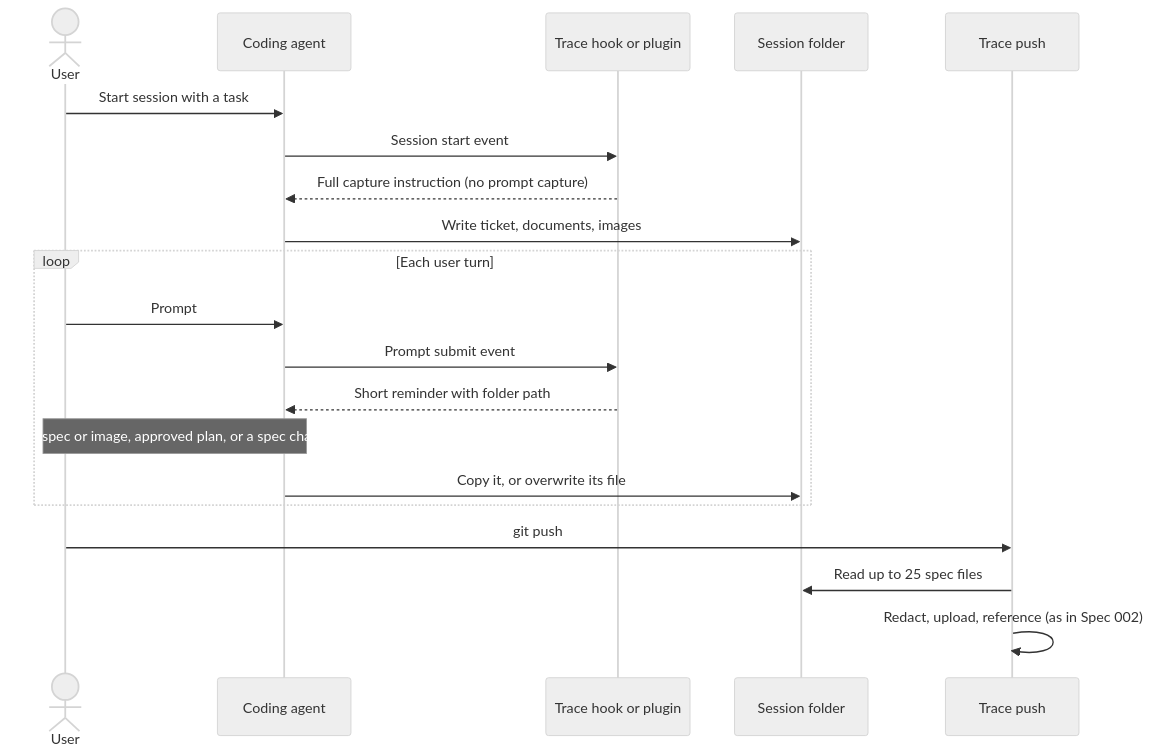
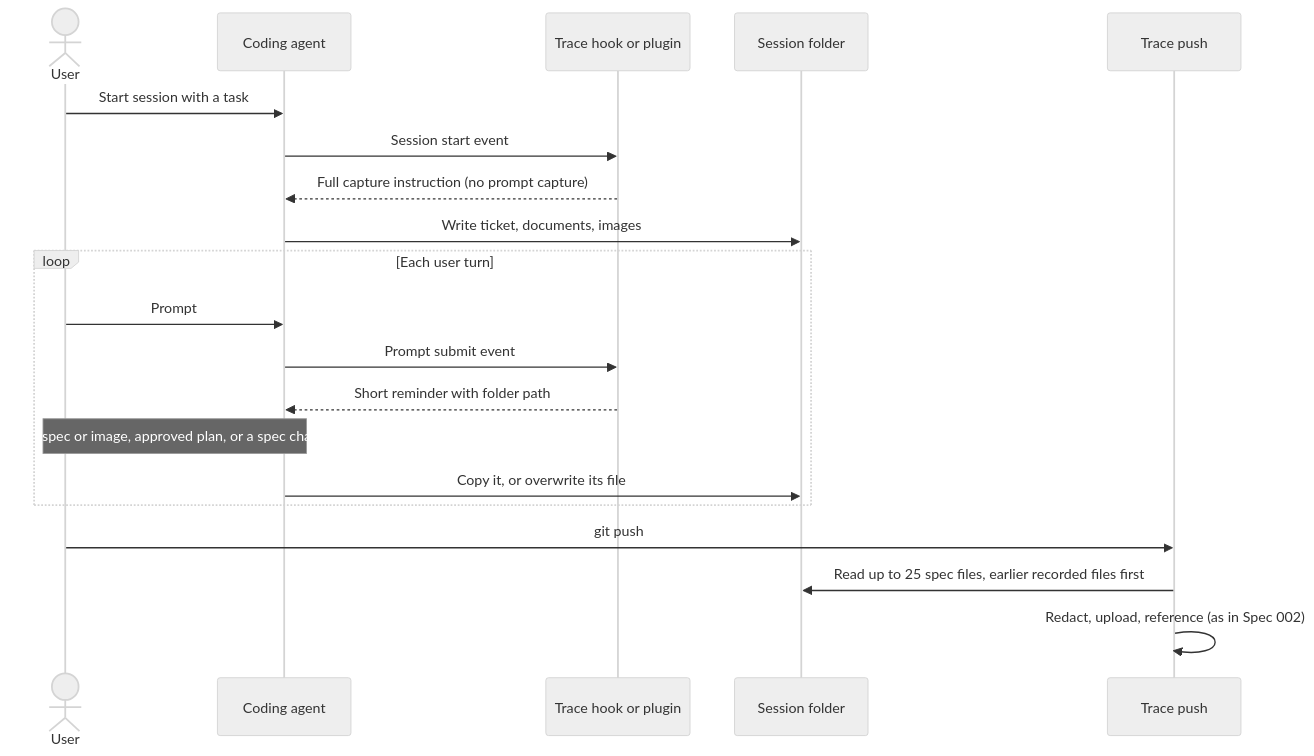
The diagram in docs/specs/003-spec-capture-during-session.md (chainloop-dev/chainloop), drawn with Mermaid (neutral theme) before and after one commit. The commit also changed other lines of this file, not shown here.

First line of the commit message:
docs(specs): keep earlier recorded specs and clarify pasted images in spec 003

````diff
--- a/docs/specs/003-spec-capture-during-session.md
+++ b/docs/specs/003-spec-capture-during-session.md
@@ -76,23 +77,23 @@
 ```mermaid
 sequenceDiagram
     actor User
     participant Agent as Coding agent
     participant Hook as Trace hook or plugin
     participant Folder as Session folder
     participant CLI as Trace push
 
     User->>Agent: Start session with a task
     Agent->>Hook: Session start event
     Hook-->>Agent: Full capture instruction (no prompt capture)
     Agent->>Folder: Write ticket, documents, images
     loop Each user turn
         User->>Agent: Prompt
         Agent->>Hook: Prompt submit event
         Hook-->>Agent: Short reminder with folder path
         Note over User,Agent: New spec or image, approved plan, or a spec changes
         Agent->>Folder: Copy it, or overwrite its file
     end
     User->>CLI: git push
-    CLI->>Folder: Read up to 25 spec files
+    CLI->>Folder: Read up to 25 spec files, earlier recorded files first
     CLI->>CLI: Redact, upload, reference (as in Spec 002)
 ```
````
